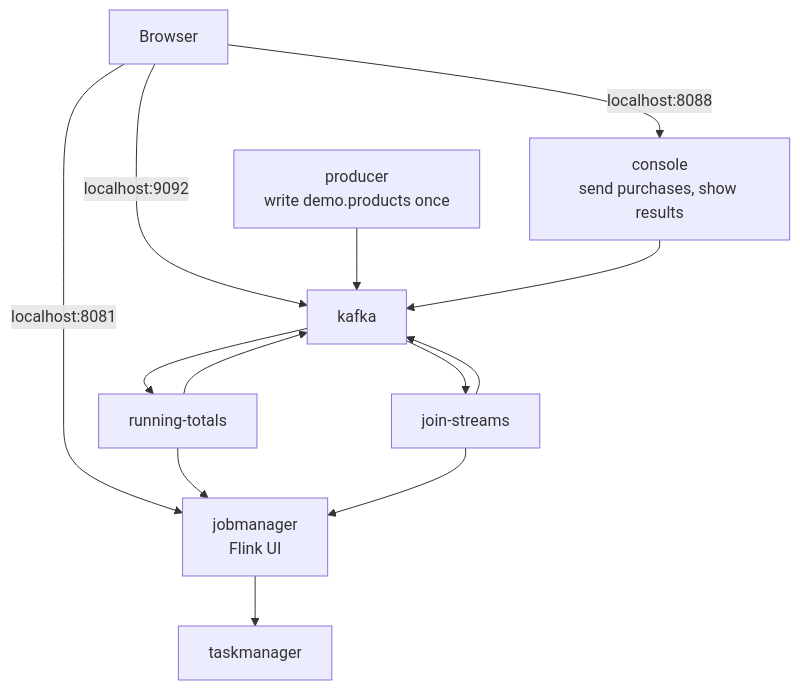
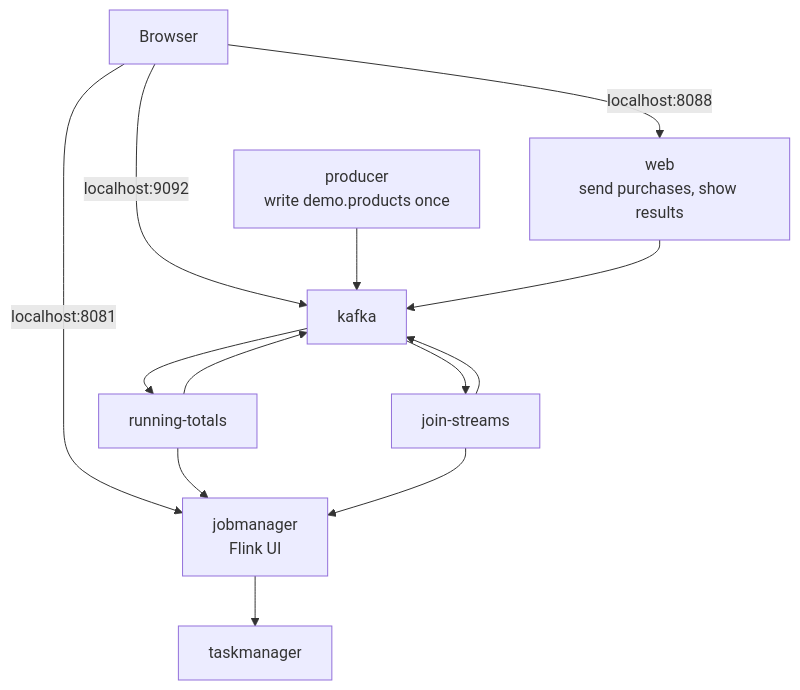
Before and after one commit to fanqingsong/flink-kafka-demo: the fourth of 4 diagrams in README.md, drawn with Mermaid. The commit also changed other lines of this file and 6 other files, not shown here.

Commit message:
Rename the browser app from console to web so it is not mistaken for Kafka's CLI tools.

````diff
--- a/README.md
+++ b/README.md
@@ -77,19 +77,19 @@
 ```mermaid
 flowchart TB
   browser["Browser"]
 
-  browser -->|"localhost:8088"| console["console<br/>send purchases, show results"]
+  browser -->|"localhost:8088"| web["web<br/>send purchases, show results"]
   browser -->|"localhost:8081"| jm["jobmanager<br/>Flink UI"]
   browser -->|"localhost:9092"| kafka["kafka"]
 
   producer["producer<br/>write demo.products once"] --> kafka
-  console --> kafka
+  web --> kafka
 
   rt["running-totals"] --> jm
   js["join-streams"] --> jm
   jm --> tm["taskmanager"]
   kafka --> rt
   kafka --> js
   rt --> kafka
   js --> kafka
 ```
````
